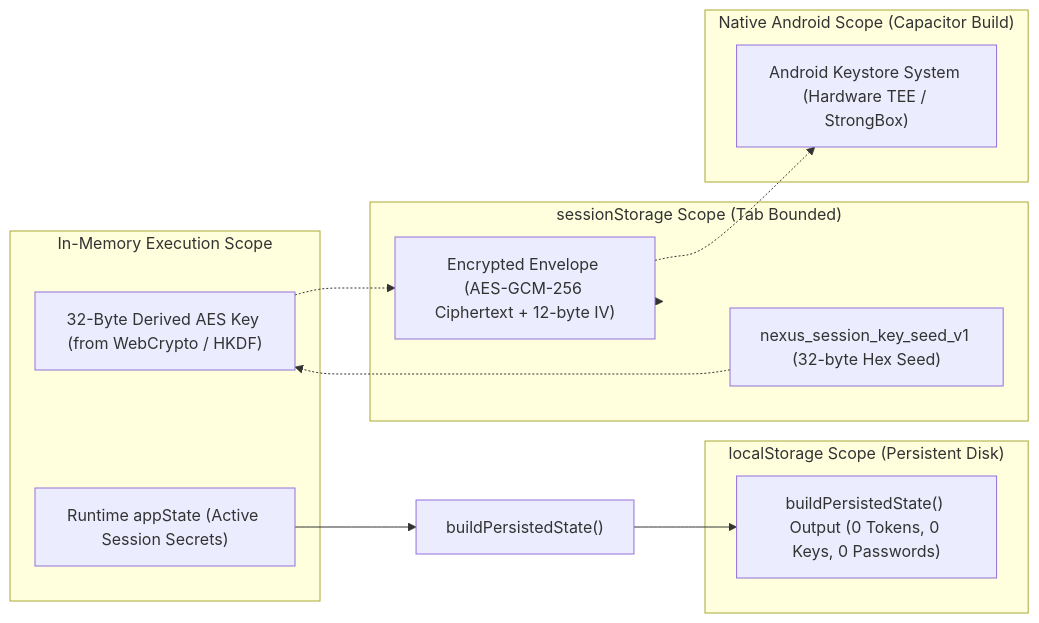
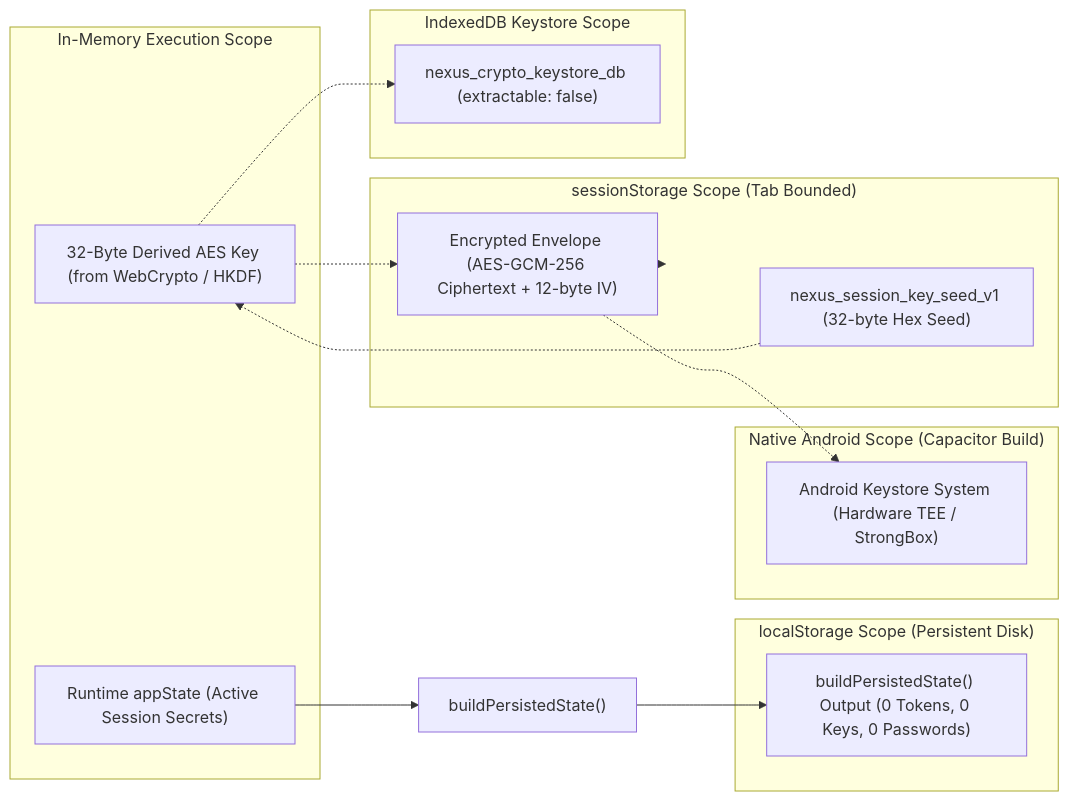
Before and after one commit to dicardotr46-max/EG-Nexus-OS: the second of 2 diagrams in AUDIT_REPORT.md, drawn with Mermaid. The commit also changed other lines of this file and 26 other files, not shown here.

Commit message:
feat(v5.4): wire global runtime aliases, unify STORAGE_KEY, enforce IDB non-extractable CryptoKey, add DOM & concurrency stress suites (251 tests) and persist production release keystore

````diff
--- a/AUDIT_REPORT.md
+++ b/AUDIT_REPORT.md
@@ -215,27 +247,32 @@
 ```mermaid
 flowchart LR
     subgraph IN_MEMORY["In-Memory Execution Scope"]
         RAW_KEY["32-Byte Derived AES Key (from WebCrypto / HKDF)"]
         APP_STATE["Runtime appState (Active Session Secrets)"]
     end
 
     subgraph SESSION_STORAGE["sessionStorage Scope (Tab Bounded)"]
         SEED["nexus_session_key_seed_v1 (32-byte Hex Seed)"]
         VAULT["Encrypted Envelope (AES-GCM-256 Ciphertext + 12-byte IV)"]
     end
 
+    subgraph INDEXED_DB["IndexedDB Keystore Scope"]
+        IDB_STORE["nexus_crypto_keystore_db (extractable: false)"]
+    end
+
     subgraph LOCAL_STORAGE["localStorage Scope (Persistent Disk)"]
         STRIPPED["buildPersistedState() Output (0 Tokens, 0 Keys, 0 Passwords)"]
     end
 
     subgraph NATIVE_ANDROID["Native Android Scope (Capacitor Build)"]
         KEYSTORE["Android Keystore System (Hardware TEE / StrongBox)"]
     end
 
     RAW_KEY -.-> VAULT
     SEED -.-> RAW_KEY
+    RAW_KEY -.-> IDB_STORE
     APP_STATE --> STRIP_FN["buildPersistedState()"]
     STRIP_FN --> STRIPPED
     VAULT --> SESSION_STORAGE
     VAULT -.-> KEYSTORE
 ```
````
